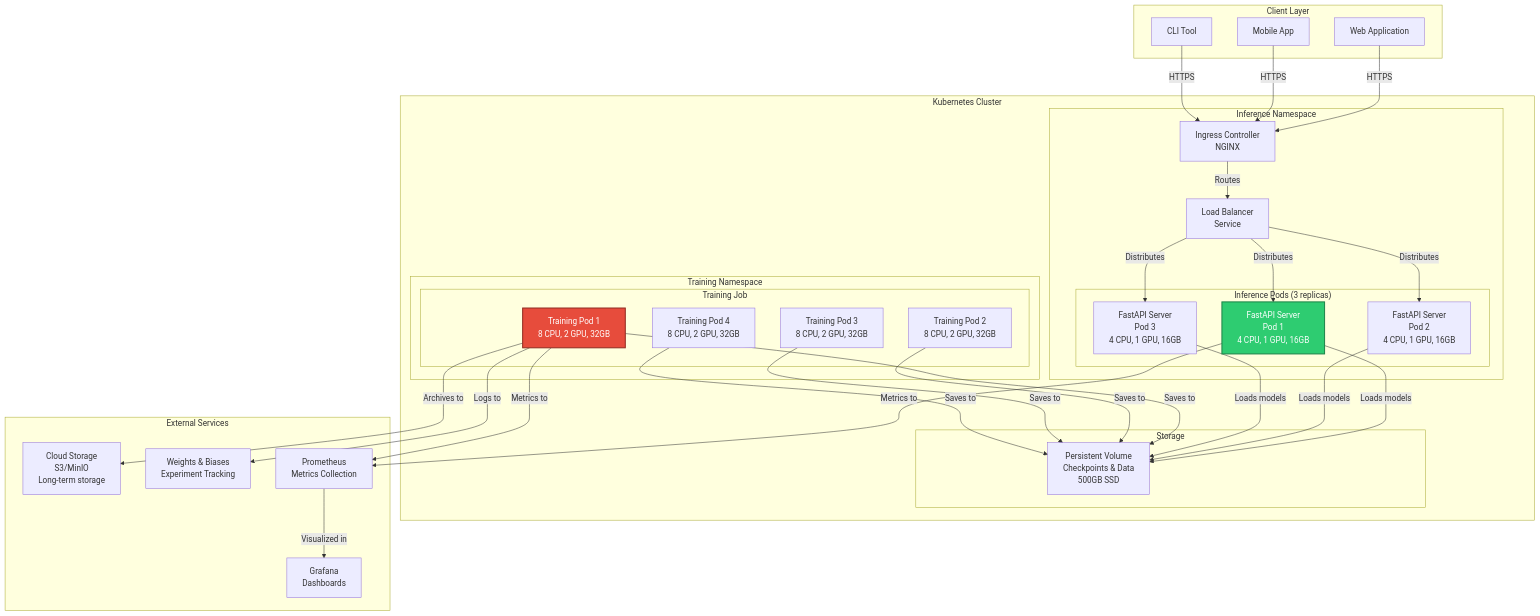
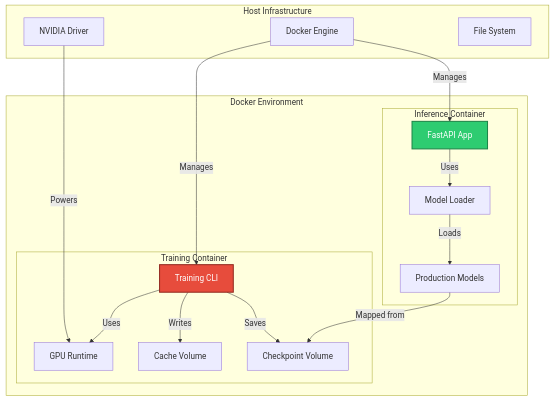
Before and after one commit to ianshank/langgraph_multi_agent_mcts: the fifth of 5 diagrams in docs/C4_ARCHITECTURE.md, drawn with Mermaid. The commit also changed other lines of this file and 11 other files, not shown here.

Commit message:
feat: production training pipeline with docker, synthetic data, and robust integration tests

````diff
--- a/docs/C4_ARCHITECTURE.md
+++ b/docs/C4_ARCHITECTURE.md
@@ -1109,69 +310,38 @@
 ```mermaid
 graph TB
-    subgraph "Kubernetes Cluster"
-        subgraph "Inference Namespace"
-            subgraph "Inference Pods (3 replicas)"
-                API1[FastAPI Server<br/>Pod 1<br/>4 CPU, 1 GPU, 16GB]
-                API2[FastAPI Server<br/>Pod 2<br/>4 CPU, 1 GPU, 16GB]
-                API3[FastAPI Server<br/>Pod 3<br/>4 CPU, 1 GPU, 16GB]
-            end
-
-            LB[Load Balancer<br/>Service]
-            Ingress[Ingress Controller<br/>NGINX]
+    subgraph "Docker Environment"
+        subgraph "Training Container"
+            TrainApp[Training CLI]
+            GPU[GPU Runtime]
+            VolCache[Cache Volume]
+            VolCheck[Checkpoint Volume]
         end
 
-        subgraph "Training Namespace"
-            subgraph "Training Job"
-                Train1[Training Pod 1<br/>8 CPU, 2 GPU, 32GB]
-                Train2[Training Pod 2<br/>8 CPU, 2 GPU, 32GB]
-                Train3[Training Pod 3<br/>8 CPU, 2 GPU, 32GB]
-                Train4[Training Pod 4<br/>8 CPU, 2 GPU, 32GB]
-            end
-        end
-
-        subgraph "Storage"
-            PVC[Persistent Volume<br/>Checkpoints & Data<br/>500GB SSD]
+        subgraph "Inference Container"
+            APIApp[FastAPI App]
+            ProdModels[Production Models]
+            ModelLoader[Model Loader]
         end
     end
 
-    subgraph "External Services"
-        S3[Cloud Storage<br/>S3/MinIO<br/>Long-term storage]
-        WandB[Weights & Biases<br/>Experiment Tracking]
-        Prometheus[Prometheus<br/>Metrics Collection]
-        Grafana[Grafana<br/>Dashboards]
+    subgraph "Host Infrastructure"
+        NVIDIA[NVIDIA Driver]
+        DockerEngine[Docker Engine]
+        FileSystem[File System]
     end
 
-    subgraph "Client Layer"
-        WebApp[Web Application]
-        MobileApp[Mobile App]
-        CLI[CLI Tool]
-    end
+    TrainApp -->|Uses| GPU
+    TrainApp -->|Writes| VolCache
+    TrainApp -->|Saves| VolCheck
 
-    WebApp -->|HTTPS| Ingress
-    MobileApp -->|HTTPS| Ingress
-    CLI -->|HTTPS| Ingress
+    APIApp -->|Uses| ModelLoader
+    ModelLoader -->|Loads| ProdModels
+    ProdModels -->|Mapped from| VolCheck
 
-    Ingress -->|Routes| LB
-    LB -->|Distributes| API1
-    LB -->|Distributes| API2
-    LB -->|Distributes| API3
+    DockerEngine -->|Manages| TrainApp
+    DockerEngine -->|Manages| APIApp
+    NVIDIA -->|Powers| GPU
 
-    API1 -->|Loads models| PVC
-    API2 -->|Loads models| PVC
-    API3 -->|Loads models| PVC
-
-    Train1 -->|Saves to| PVC
-    Train2 -->|Saves to| PVC
-    Train3 -->|Saves to| PVC
-    Train4 -->|Saves to| PVC
-
-    Train1 -->|Archives to| S3
-    Train1 -->|Logs to| WandB
-
-    API1 -->|Metrics to| Prometheus
-    Train1 -->|Metrics to| Prometheus
-    Prometheus -->|Visualized in| Grafana
-
-    style API1 fill:#2ECC71,stroke:#1E8449,stroke-width:2px,color:#fff
-    style Train1 fill:#E74C3C,stroke:#922B21,stroke-width:2px,color:#fff
+    style TrainApp fill:#E74C3C,stroke:#922B21,stroke-width:2px,color:#fff
+    style APIApp fill:#2ECC71,stroke:#1E8449,stroke-width:2px,color:#fff
 ```
````
